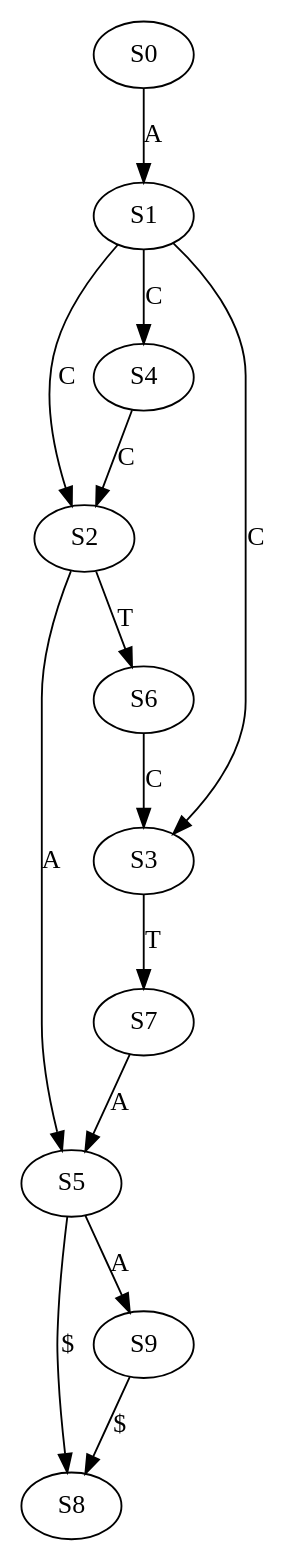
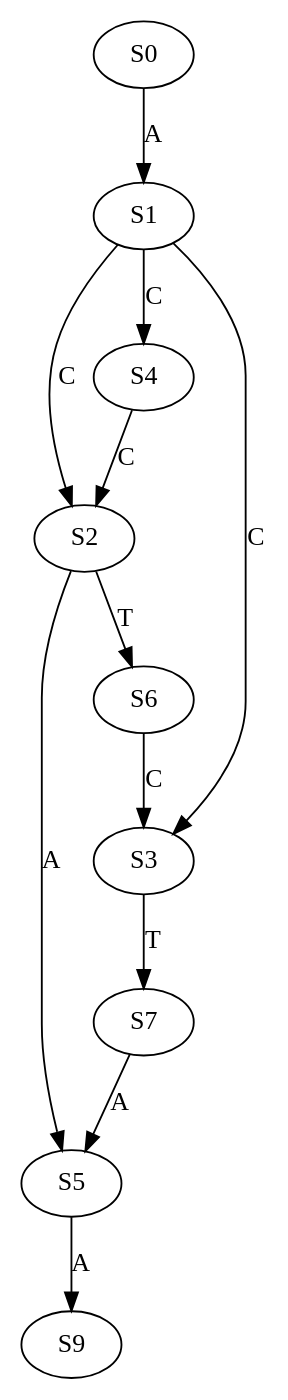
The diagram in graph/RevDetGraph/RevDet_a6.dot (Kuanhao-Chao/Wheeler_Graph_Toolkit), drawn with Graphviz before and after one commit. The commit also changed 33 other files, not shown here.

Commit message:
Fix Wheeler graph missing conditions: need to check all edge pairs in both directions

```diff
--- a/graph/RevDetGraph/RevDet_a6.dot
+++ b/graph/RevDetGraph/RevDet_a6.dot
@@ -1,15 +1,13 @@
 strict digraph  {
 	S0 -> S1 [ label = A ];
 	S1 -> S2 [ label = C ];
 	S1 -> S3 [ label = C ];
 	S1 -> S4 [ label = C ];
 	S2 -> S5 [ label = A ];
 	S2 -> S6 [ label = T ];
 	S3 -> S7 [ label = T ];
 	S4 -> S2 [ label = C ];
-	S5 -> S8 [ label = "$" ];
 	S5 -> S9 [ label = A ];
 	S6 -> S3 [ label = C ];
 	S7 -> S5 [ label = A ];
-	S9 -> S8 [ label = "$" ];
 }
```
